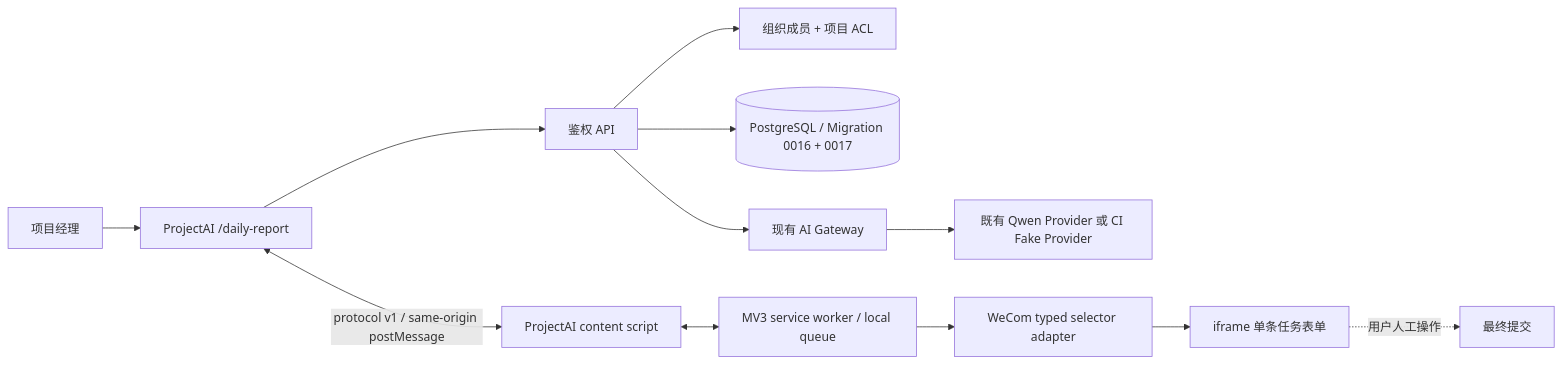
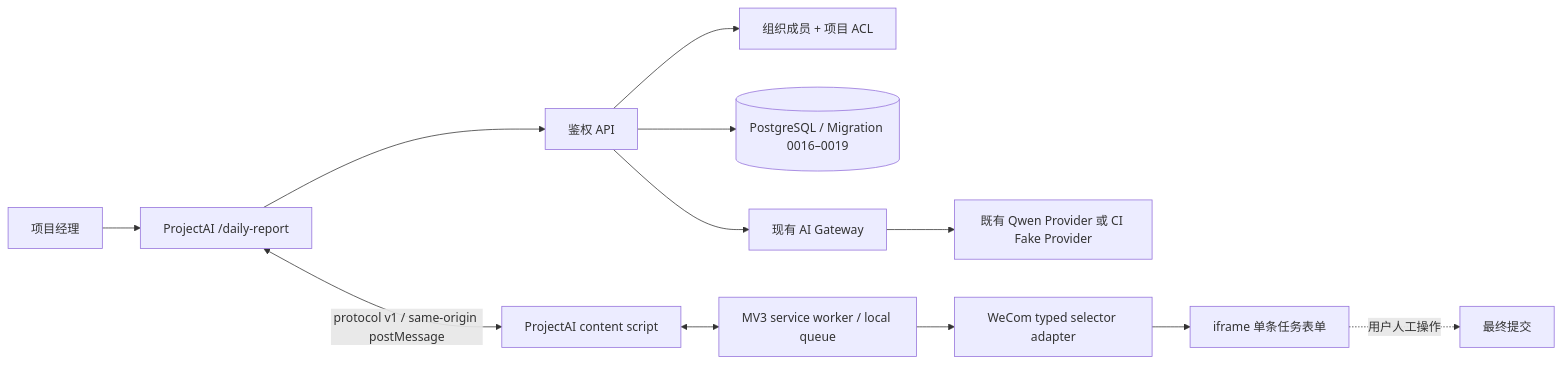
The diagram in docs/pm-daily-report-architecture.md (27ruien/ProjectAI), drawn with Mermaid before and after one commit. The commit also changed other lines of this file and 10 other files, not shown here.

````diff
--- a/docs/pm-daily-report-architecture.md
+++ b/docs/pm-daily-report-architecture.md
@@ -9,14 +9,14 @@
 ```mermaid
 flowchart LR
   U["项目经理"] --> W["ProjectAI /daily-report"]
   W --> API["鉴权 API"]
   API --> ACL["组织成员 + 项目 ACL"]
-  API --> DB[("PostgreSQL / Migration 0016 + 0017")]
+  API --> DB[("PostgreSQL / Migration 0016–0019")]
   API --> GW["现有 AI Gateway"]
   GW --> Q["既有 Qwen Provider 或 CI Fake Provider"]
   W <-->|"protocol v1 / same-origin postMessage"| C["ProjectAI content script"]
   C <--> SW["MV3 service worker / local queue"]
   SW --> A["WeCom typed selector adapter"]
   A --> F["iframe 单条任务表单"]
   F -. "用户人工操作" .-> S["最终提交"]
 ```
````
